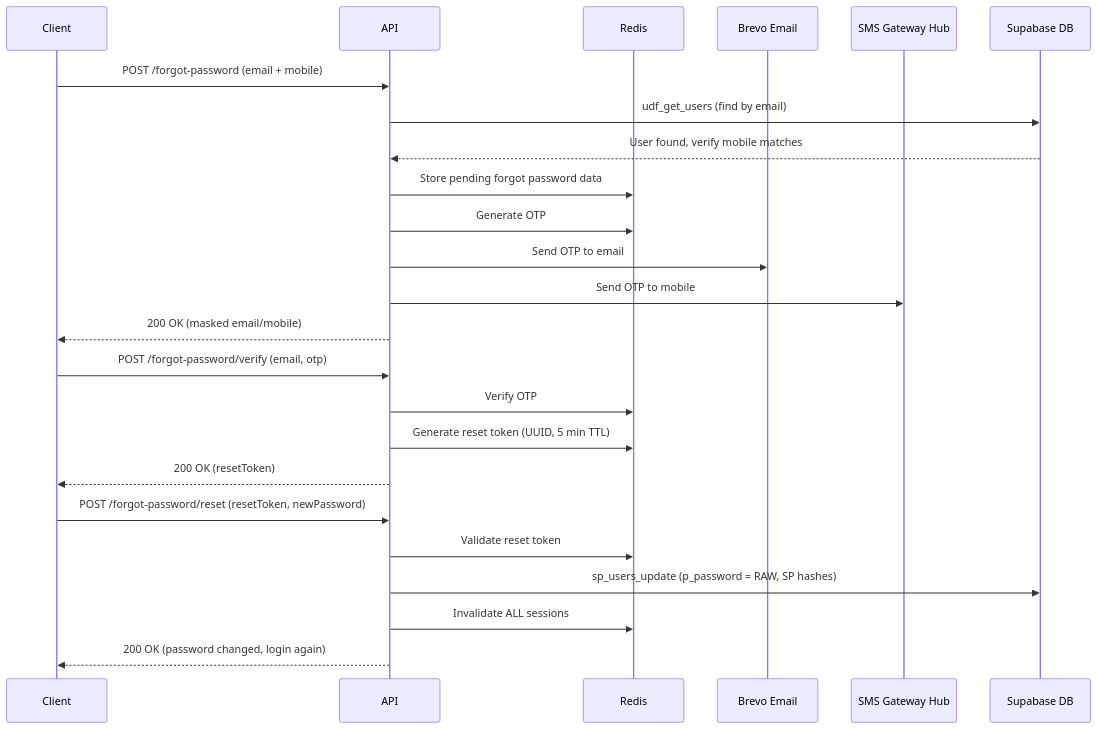
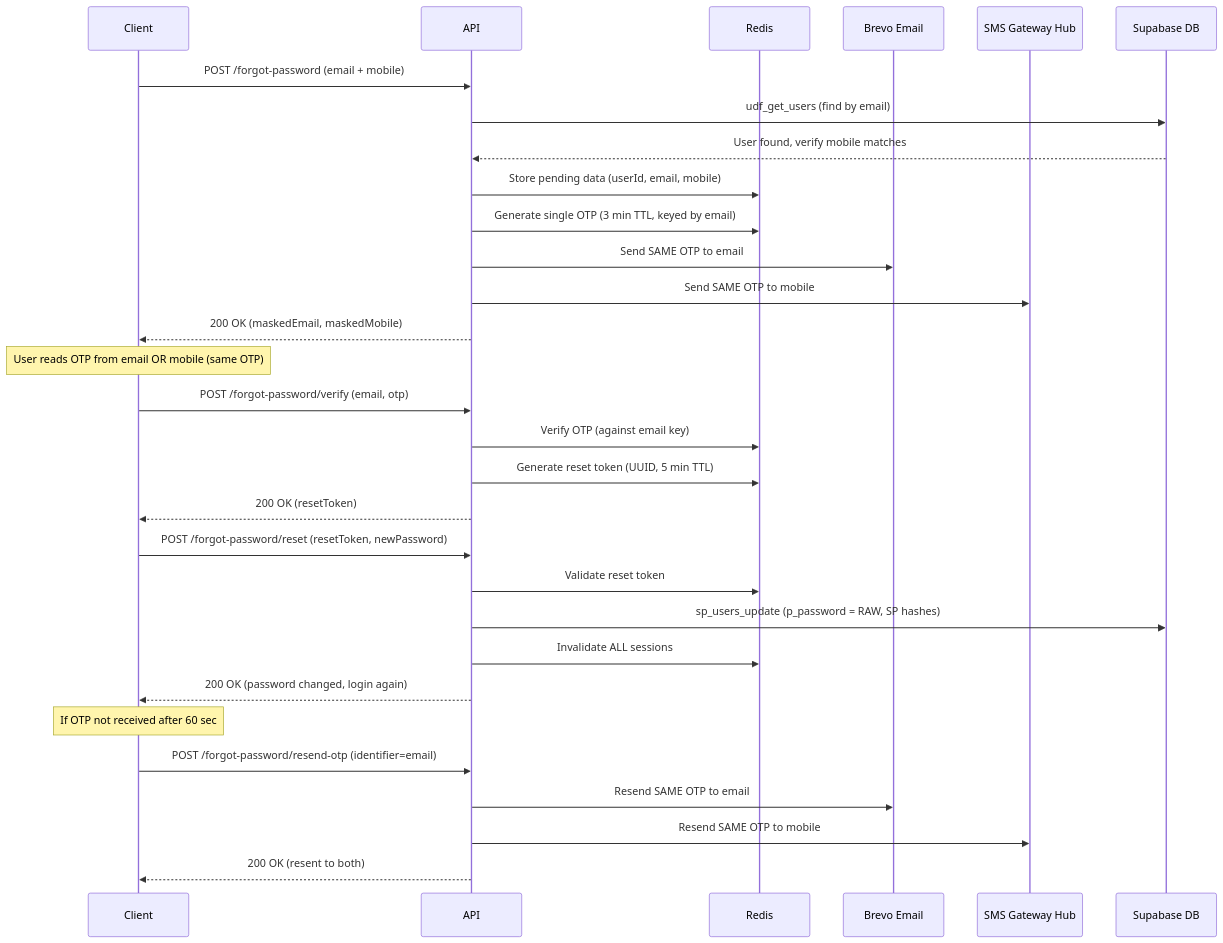
Before and after one commit to girishinindia/growupmore_api: the third of 5 diagrams in docs/v1/auth-api-postman-guide.md, drawn with Mermaid. The commit also changed other lines of this file and 7 other files, not shown here.

First line of the commit message:
Add reCAPTCHA middleware, fix mobile identifier flow, improve documentation

````diff
--- a/docs/v1/auth-api-postman-guide.md
+++ b/docs/v1/auth-api-postman-guide.md
@@ -113,29 +115,38 @@
 ```mermaid
 sequenceDiagram
     participant Client
     participant API
     participant Redis
     participant Brevo as Brevo Email
     participant SMS as SMS Gateway Hub
     participant DB as Supabase DB
 
     Client->>API: POST /forgot-password (email + mobile)
     API->>DB: udf_get_users (find by email)
     DB-->>API: User found, verify mobile matches
-    API->>Redis: Store pending forgot password data
-    API->>Redis: Generate OTP
-    API->>Brevo: Send OTP to email
-    API->>SMS: Send OTP to mobile
-    API-->>Client: 200 OK (masked email/mobile)
+    API->>Redis: Store pending data (userId, email, mobile)
+    API->>Redis: Generate single OTP (3 min TTL, keyed by email)
+    API->>Brevo: Send SAME OTP to email
+    API->>SMS: Send SAME OTP to mobile
+    API-->>Client: 200 OK (maskedEmail, maskedMobile)
+
+    Note over Client: User reads OTP from email OR mobile (same OTP)
 
     Client->>API: POST /forgot-password/verify (email, otp)
-    API->>Redis: Verify OTP
+    API->>Redis: Verify OTP (against email key)
     API->>Redis: Generate reset token (UUID, 5 min TTL)
     API-->>Client: 200 OK (resetToken)
 
     Client->>API: POST /forgot-password/reset (resetToken, newPassword)
     API->>Redis: Validate reset token
     API->>DB: sp_users_update (p_password = RAW, SP hashes)
     API->>Redis: Invalidate ALL sessions
     API-->>Client: 200 OK (password changed, login again)
+
+    Note over Client: If OTP not received after 60 sec
+
+    Client->>API: POST /forgot-password/resend-otp (identifier=email)
+    API->>Brevo: Resend SAME OTP to email
+    API->>SMS: Resend SAME OTP to mobile
+    API-->>Client: 200 OK (resent to both)
 ```
````
